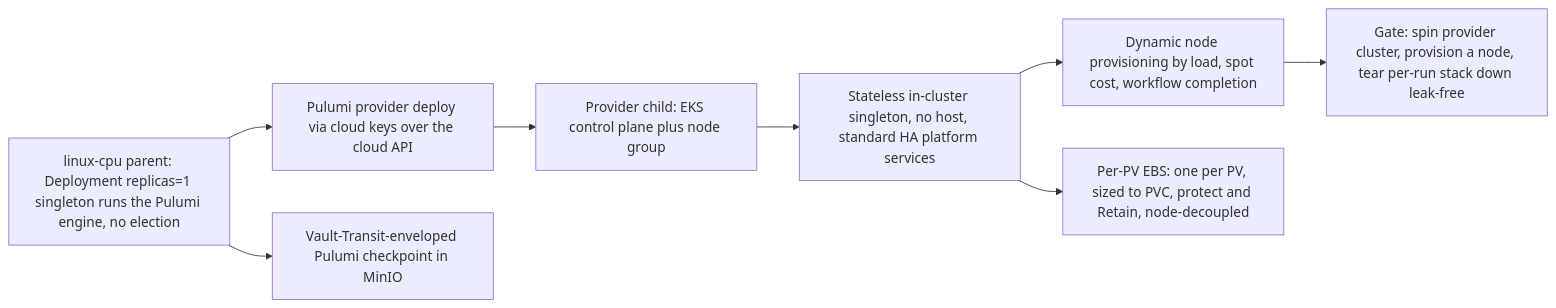
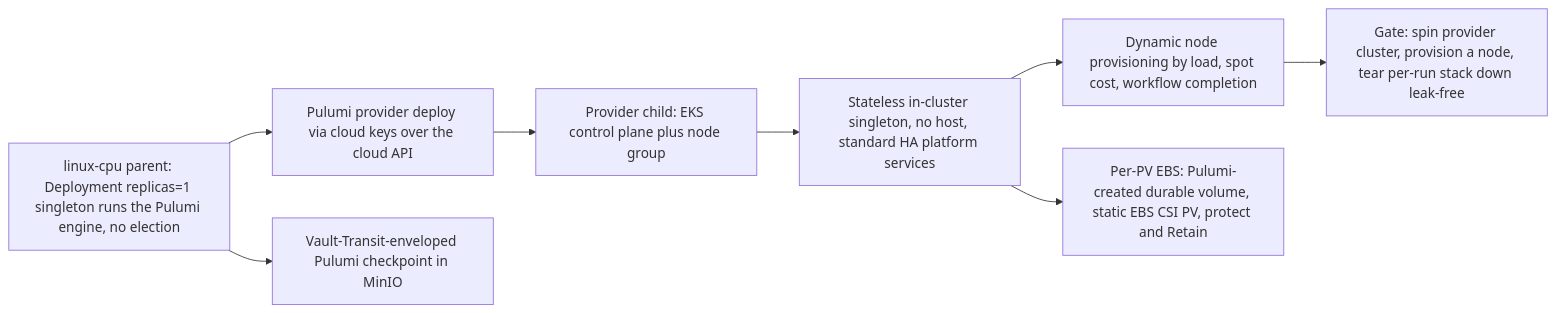
One commit to Tuee22/amoebius changed the diagram in DEVELOPMENT_PLAN/phase_30_provider_clusters.md. Above: the diagram before and after it, drawn with Mermaid. The commit also changed other lines of this file and 26 other files, not shown here.

````diff
--- a/DEVELOPMENT_PLAN/phase_30_provider_clusters.md
+++ b/DEVELOPMENT_PLAN/phase_30_provider_clusters.md
@@ -61,10 +68,10 @@
 ```mermaid
 flowchart LR
   parent[linux-cpu parent: Deployment replicas=1 singleton runs the Pulumi engine, no election] --> deploy[Pulumi provider deploy via cloud keys over the cloud API]
   deploy --> eks[Provider child: EKS control plane plus node group]
   parent --> backend[Vault-Transit-enveloped Pulumi checkpoint in MinIO]
   eks --> daemon[Stateless in-cluster singleton, no host, standard HA platform services]
   daemon --> nodes[Dynamic node provisioning by load, spot cost, workflow completion]
-  daemon --> ebs[Per-PV EBS: one per PV, sized to PVC, protect and Retain, node-decoupled]
+  daemon --> ebs[Per-PV EBS: Pulumi-created durable volume, static EBS CSI PV, protect and Retain]
   nodes --> gate[Gate: spin provider cluster, provision a node, tear per-run stack down leak-free]
 ```
````
